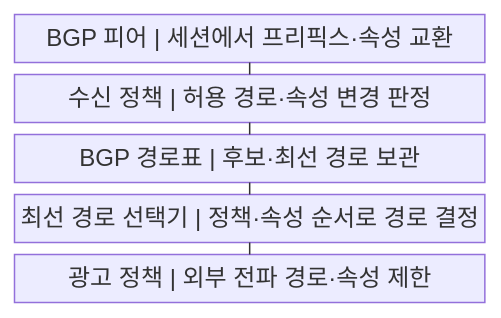
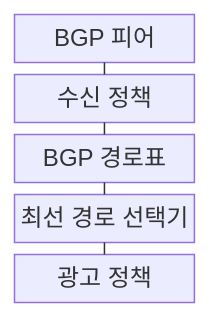
One commit to agnusdei1207/knowledge-base changed the first of 2 diagrams in src/content/docs/notes/04-network/012_bgp_border_gateway_protocol.md. Above: the diagram before and after it, drawn with Mermaid. The commit also changed other lines of this file and 122 other files, not shown here.

````diff
--- a/src/content/docs/notes/04-network/012_bgp_border_gateway_protocol.md
+++ b/src/content/docs/notes/04-network/012_bgp_border_gateway_protocol.md
@@ -61,13 +61,13 @@
 ```mermaid
-block
+block-beta
     columns 1
-    A["BGP 피어 | 세션에서 프리픽스·속성 교환"]
-    B["수신 정책 | 허용 경로·속성 변경 판정"]
-    C["BGP 경로표 | 후보·최선 경로 보관"]
-    D["최선 경로 선택기 | 정책·속성 순서로 경로 결정"]
-    E["광고 정책 | 외부 전파 경로·속성 제한"]
+    A["BGP 피어"]
+    B["수신 정책"]
+    C["BGP 경로표"]
+    D["최선 경로 선택기"]
+    E["광고 정책"]
     A --- B
     B --- C
     C --- D
     D --- E
 ```
````
